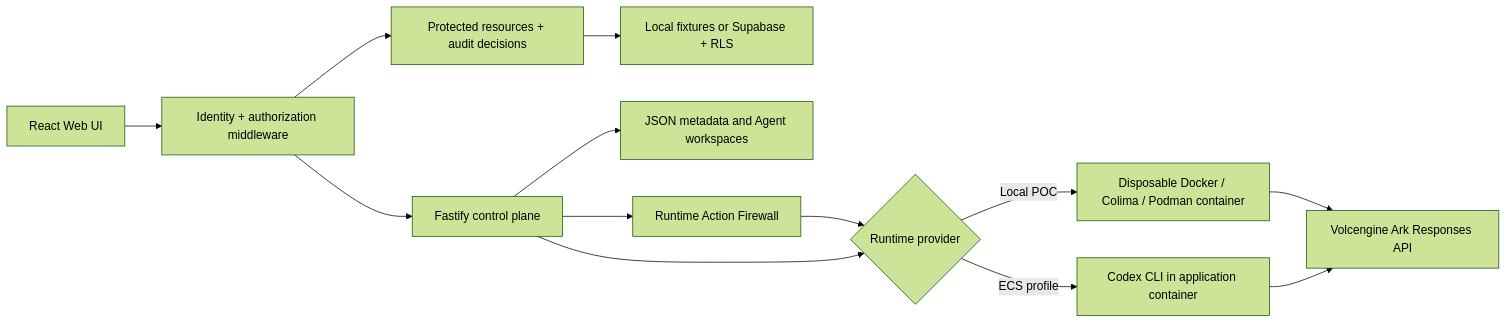
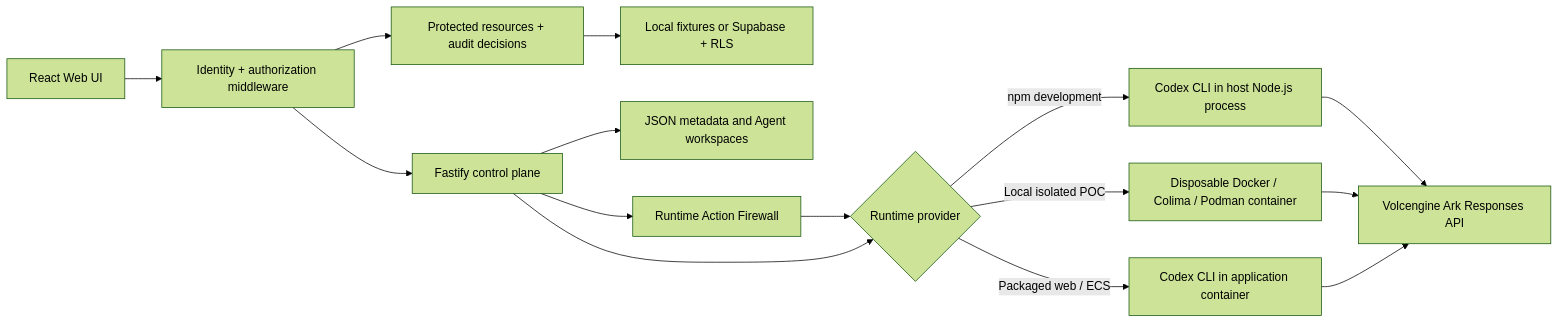
One commit to alsonsim/Agent_Trust_Gateway changed the diagram in README.md. Above: the diagram before and after it, drawn with Mermaid (forest theme). The commit also changed other lines of this file, not shown here.

Commit message:
Explain the available runtime modes

````diff
--- a/README.md
+++ b/README.md
@@ -354,15 +373,17 @@
 ```mermaid
 flowchart LR
     UI["React Web UI"] --> Auth["Identity + authorization middleware"]
     Auth --> API["Fastify control plane"]
     Auth --> Policy["Protected resources + audit decisions"]
     Policy --> Supabase["Local fixtures or Supabase + RLS"]
     API --> Store["JSON metadata and Agent workspaces"]
     API --> Firewall["Runtime Action Firewall"]
     Firewall --> Runtime
     API --> Runtime{"Runtime provider"}
-    Runtime -->|Local POC| Container["Disposable Docker / Colima / Podman container"]
-    Runtime -->|ECS profile| Codex["Codex CLI in application container"]
+    Runtime -->|npm development| Host["Codex CLI in host Node.js process"]
+    Runtime -->|Packaged web / ECS| Codex["Codex CLI in application container"]
+    Runtime -->|Local isolated POC| Container["Disposable Docker / Colima / Podman container"]
+    Host --> Ark
     Container --> Ark["Volcengine Ark Responses API"]
     Codex --> Ark
 ```
````
